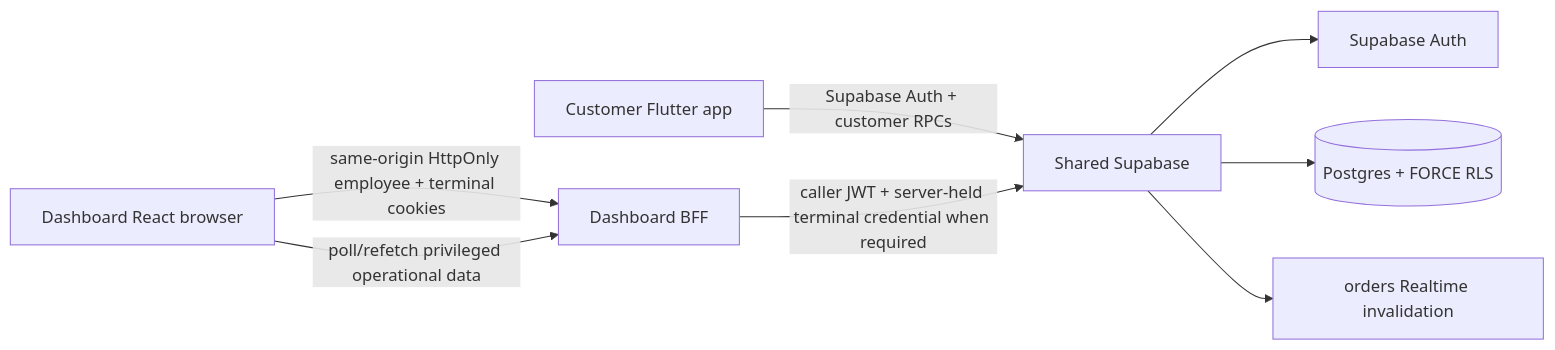
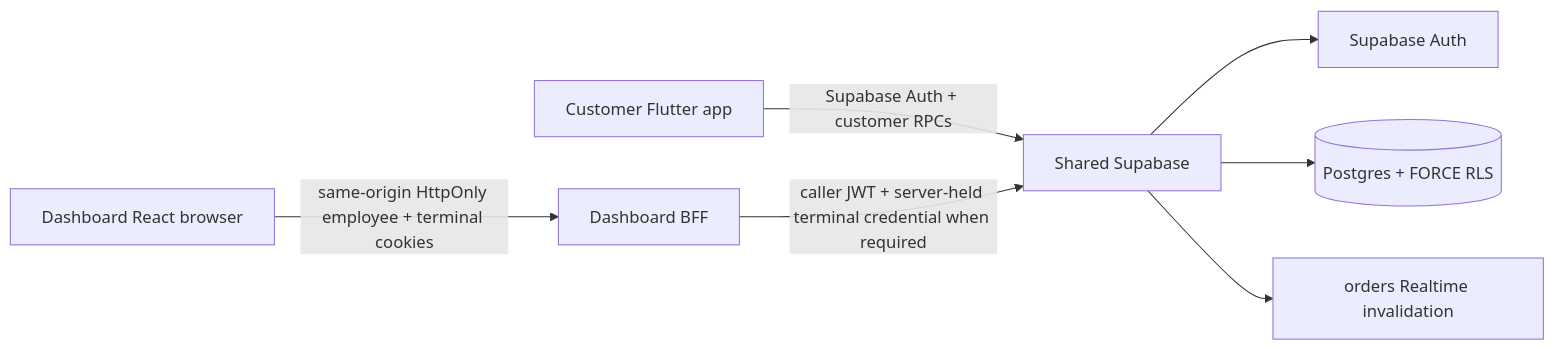
The diagram in docs/context/ARCHITECTURE.md (Hermann-33/Aida_System-Dashboard), drawn with Mermaid before and after one commit. The commit also changed other lines of this file, not shown here.

Commit message:
TASK-PRIVACY-001: document Phase 3 privacy architecture

````diff
--- a/docs/context/ARCHITECTURE.md
+++ b/docs/context/ARCHITECTURE.md
@@ -7,10 +7,9 @@
 ```mermaid
 flowchart LR
   C[Customer Flutter app] -->|Supabase Auth + customer RPCs| S[Shared Supabase]
   D[Dashboard React browser] -->|same-origin HttpOnly employee + terminal cookies| B[Dashboard BFF]
   B -->|caller JWT + server-held terminal credential when required| S
   S --> A[Supabase Auth]
   S --> P[(Postgres + FORCE RLS)]
   S --> OR[orders Realtime invalidation]
-  D -->|poll/refetch privileged operational data| B
 ```
````
